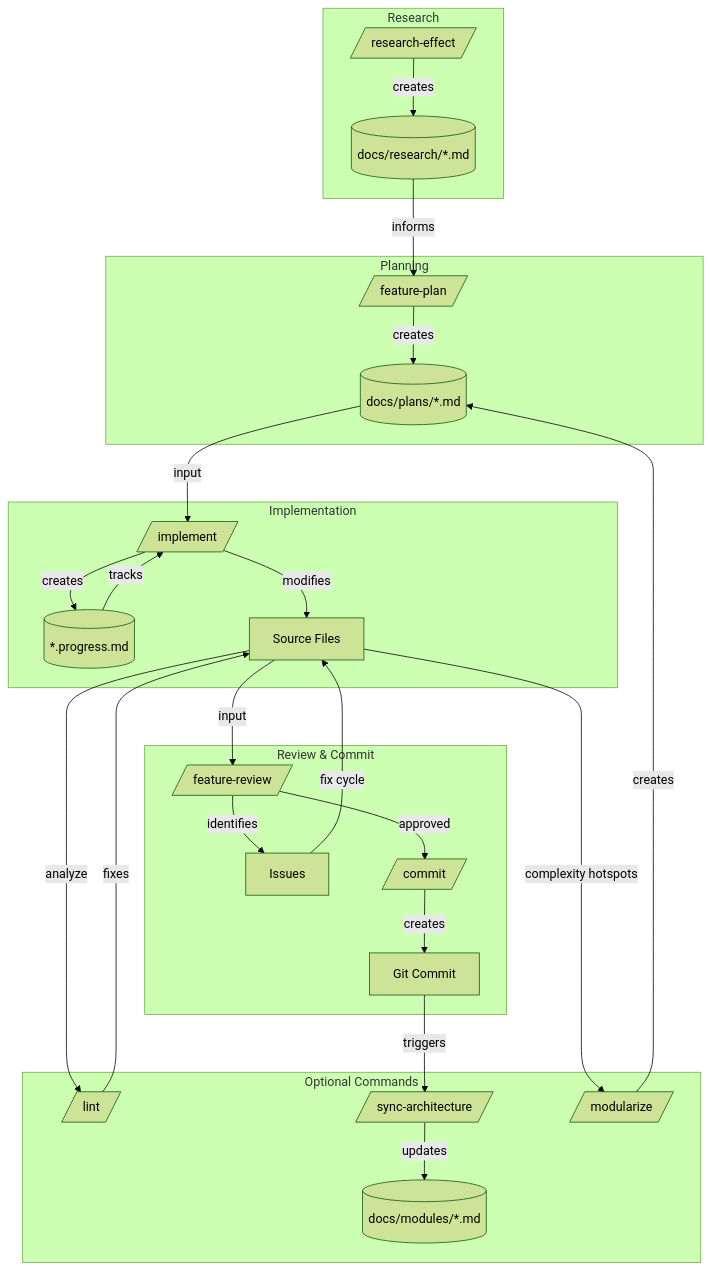
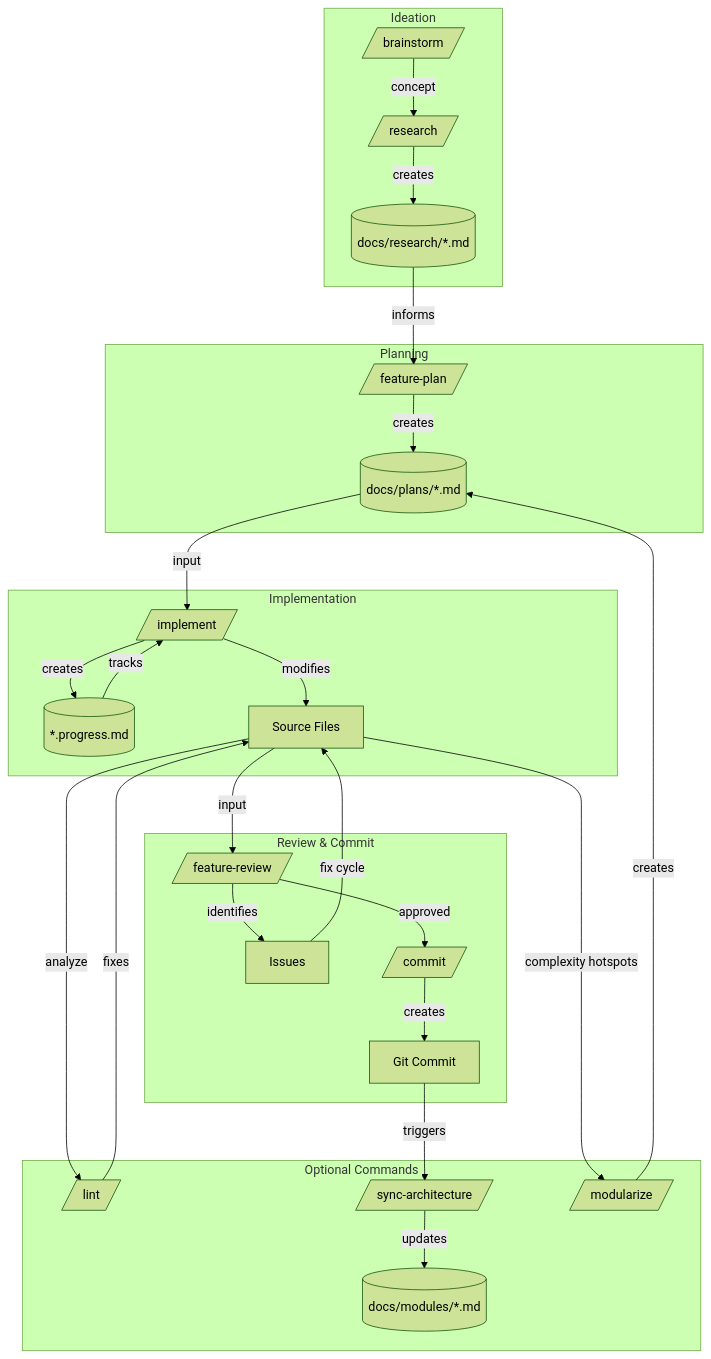
Before and after one commit to EvanLavender13/audio-jones: the diagram in docs/workflow.md, drawn with Mermaid (forest theme). The commit also changed other lines of this file and 5 other files, not shown here.

First line of the commit message:
Replace research-effect with brainstorm and research commands

````diff
--- a/docs/workflow.md
+++ b/docs/workflow.md
@@ -7,42 +7,42 @@
 ```mermaid
 flowchart TD
-    subgraph Research[Research]
-        RE[/research-effect/]
-        RE -->|creates| ResearchDoc[(docs/research/*.md)]
+    subgraph Ideation[Ideation]
+        BS[/brainstorm/] -->|concept| RS[/research/]
+        RS -->|creates| ResearchDoc[(docs/research/*.md)]
     end
 
     subgraph Plan[Planning]
         ResearchDoc -->|informs| FP[/feature-plan/]
         FP -->|creates| PlanDoc[(docs/plans/*.md)]
     end
 
     subgraph Implement[Implementation]
         PlanDoc -->|input| IMP[/implement/]
         IMP -->|creates| Progress[(*.progress.md)]
         IMP -->|modifies| Code[Source Files]
         Progress -->|tracks| IMP
     end
 
     subgraph Review[Review & Commit]
         Code -->|input| FR[/feature-review/]
         FR -->|identifies| Issues[Issues]
         Issues -->|fix cycle| Code
         FR -->|approved| COM[/commit/]
         COM -->|creates| Commit[Git Commit]
     end
 
     subgraph Optional[Optional Commands]
         Code -->|analyze| LINT[/lint/]
         LINT -->|fixes| Code
         Commit -->|triggers| SYNC[/sync-architecture/]
         SYNC -->|updates| Docs[(docs/modules/*.md)]
         Code -->|complexity hotspots| MOD[/modularize/]
         MOD -->|creates| PlanDoc
     end
 
 %% Legend:
 %% [/command/] slash command
 %% [(file)] document or file
 %% [name] code artifact
 %% → action (label describes relationship)
 ```
````
